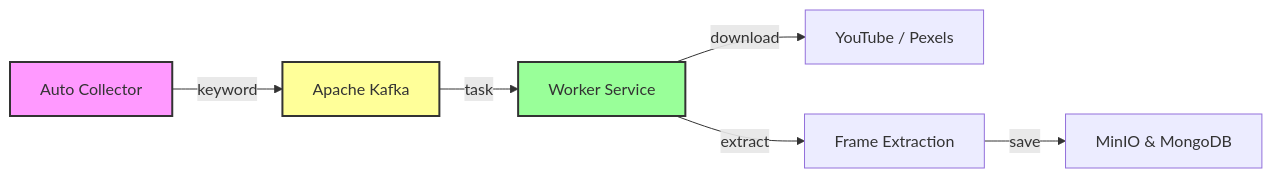
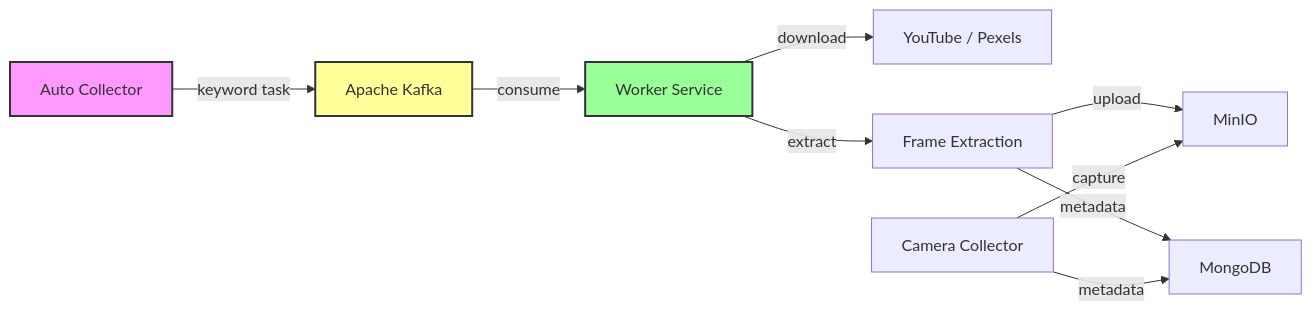
Before and after one commit to thole3287/collectordata: the diagram in README.md, drawn with Mermaid. The commit also changed other lines of this file and 44 other files, not shown here.

Commit message:
setup MVC architectural model

````diff
--- a/README.md
+++ b/README.md
@@ -24,12 +29,16 @@
 ```mermaid
 graph LR
-    Crawler[Auto Collector] -->|keyword| Kafka[Apache Kafka]
-    Kafka -->|task| Worker[Worker Service]
+    Crawler[Auto Collector] -->|keyword task| Kafka[Apache Kafka]
+    Kafka -->|consume| Worker[Worker Service]
     Worker -->|download| Internet[YouTube / Pexels]
     Worker -->|extract| Frames[Frame Extraction]
-    Frames -->|save| Storage[MinIO & MongoDB]
+    Frames -->|upload| Storage[MinIO]
+    Frames -->|metadata| DB[MongoDB]
+    
+    Camera[Camera Collector] -->|capture| Storage
+    Camera -->|metadata| DB
     
     style Crawler fill:#f9f,stroke:#333,stroke-width:2px
     style Kafka fill:#ff9,stroke:#333,stroke-width:2px
     style Worker fill:#9f9,stroke:#333,stroke-width:2px
 ```
````
